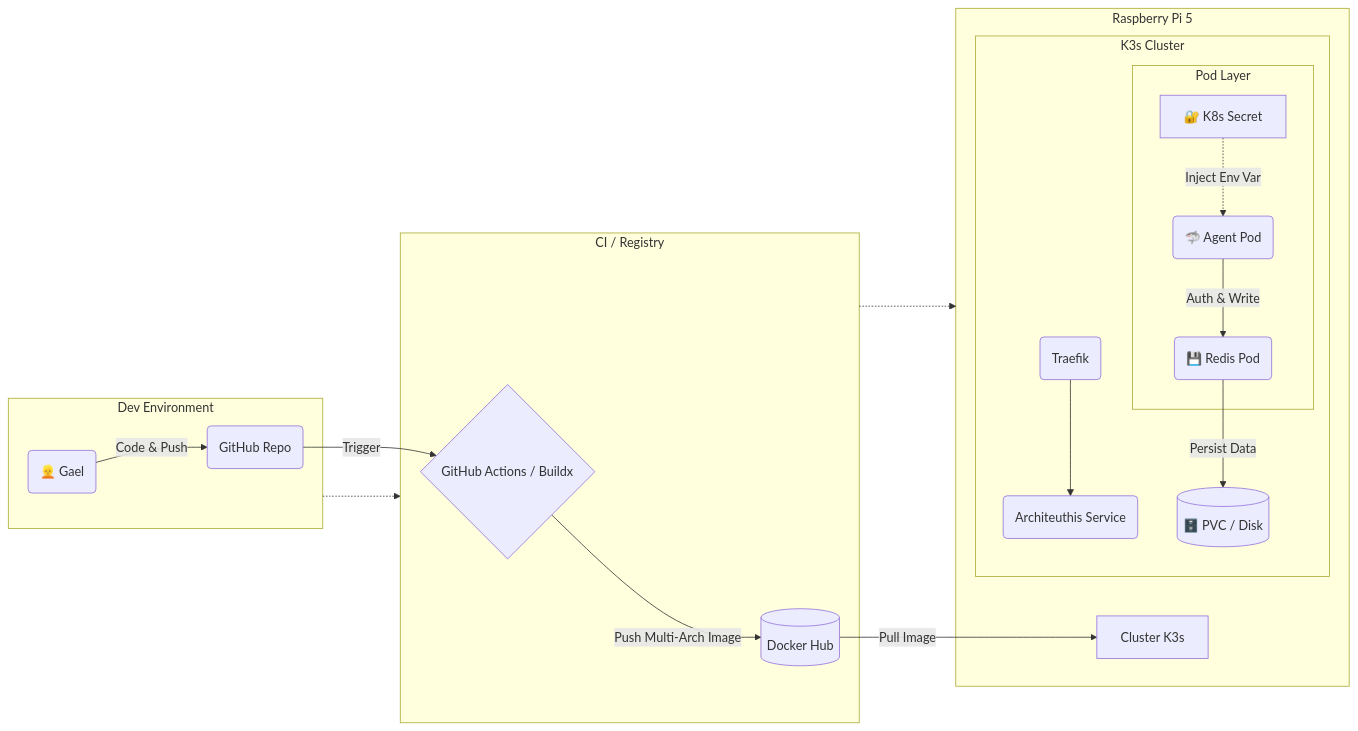
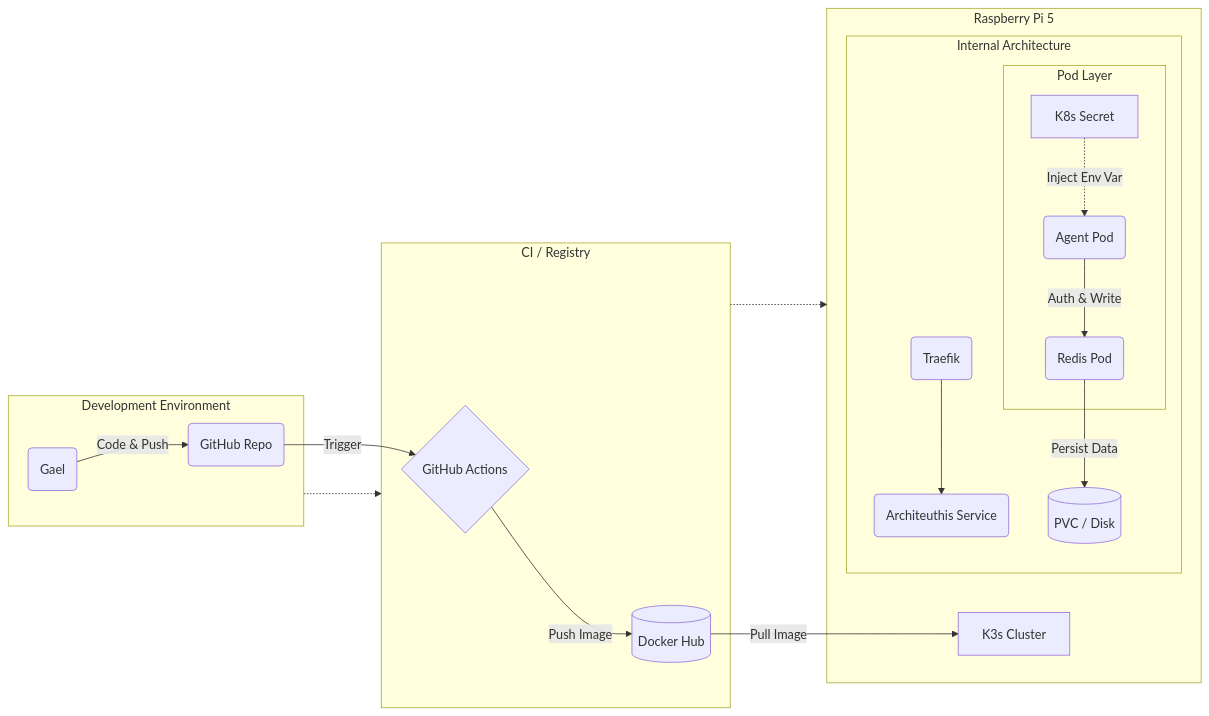
Before and after one commit to Gael-Troadec/K3s-Pi5-Lab: the diagram in README.md, drawn with Mermaid.

````diff
--- a/README.md
+++ b/README.md
@@ -41,30 +41,30 @@
 ```mermaid
 graph LR
-    subgraph DevEnv ["Dev Environment"]
-        User("👱 Gael") -->|Code & Push| GitHub("GitHub Repo")
+    subgraph Dev_Env ["Development Environment"]
+        User("Gael") -->|Code & Push| GitHub("GitHub Repo")
     end
     
-    subgraph CI ["CI / Registry"]
-        GitHub -->|Trigger| Actions{"GitHub Actions / Buildx"}
-        Actions -->|Push Multi-Arch Image| Hub[("Docker Hub")]
+    subgraph CI_CD ["CI / Registry"]
+        GitHub -->|Trigger| Actions{"GitHub Actions"}
+        Actions -->|Push Image| Hub[("Docker Hub")]
     end
     
     subgraph Edge ["Raspberry Pi 5"]
-        Hub -->|Pull Image| K3s["Cluster K3s"]
+        Hub -->|Pull Image| K3s["K3s Cluster"]
         
-        subgraph Cluster ["K3s Cluster"]
+        subgraph Cluster ["Internal Architecture"]
             Ingress("Traefik") --> AppSvc("Architeuthis Service")
             
             subgraph Pods ["Pod Layer"]
-                Secret["🔐 K8s Secret"] -.->|Inject Env Var| AppPod("🦈 Agent Pod")
-                AppPod -->|Auth & Write| RedisPod("💾 Redis Pod")
+                Secret["K8s Secret"] -.->|Inject Env Var| AppPod("Agent Pod")
+                AppPod -->|Auth & Write| RedisPod("Redis Pod")
             end
             
-            RedisPod -->|Persist Data| PVC[("🗄️ PVC / Disk")]
+            RedisPod -->|Persist Data| PVC[("PVC / Disk")]
         end
     end
     
-    %% Liens entre les zones
-    DevEnv -.-> CI
-    CI -.-> Edge
+    %% Links
+    Dev_Env -.-> CI_CD
+    CI_CD -.-> Edge
 ```
````
